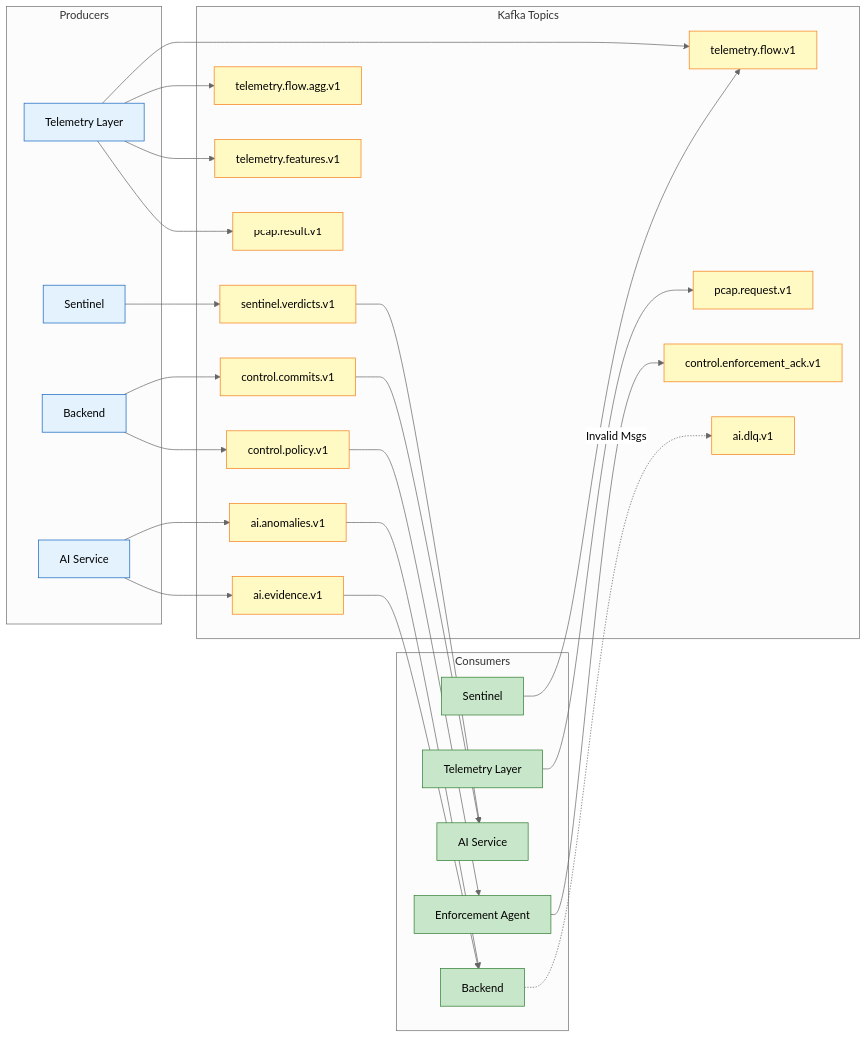
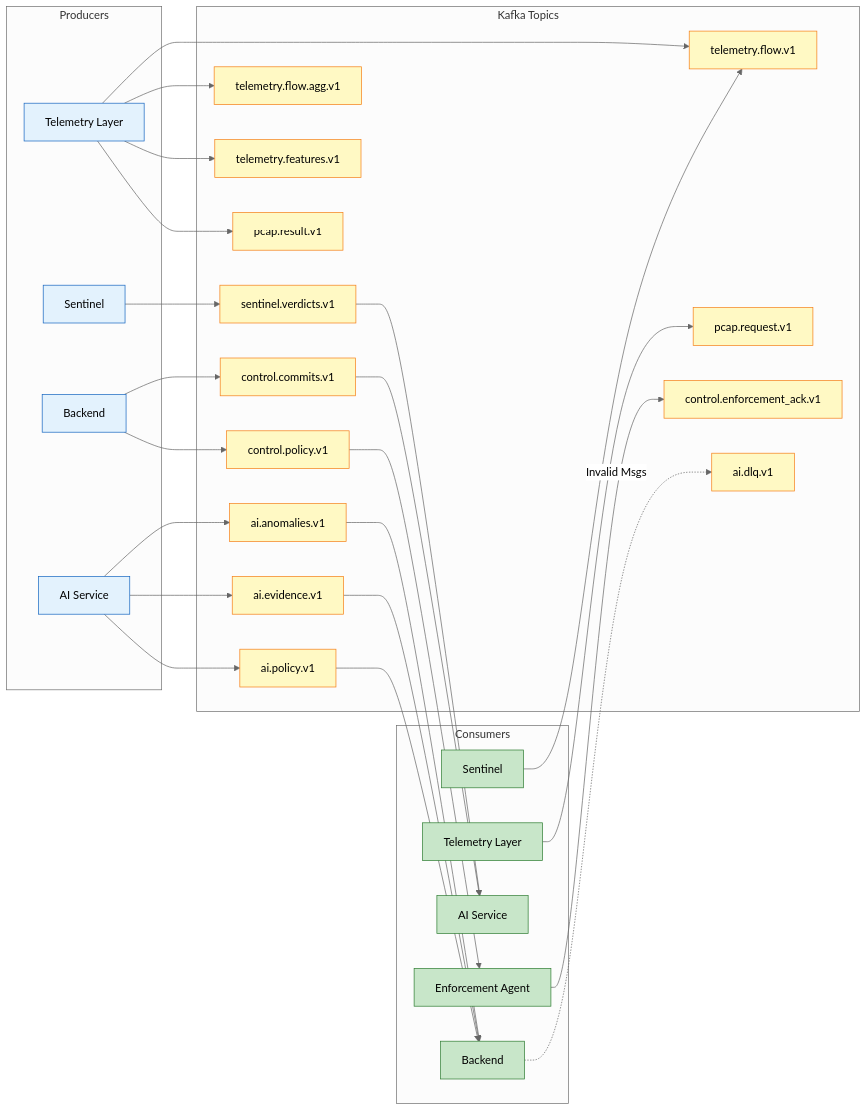
Before and after one commit to EveShark/CyberMesh: the seventh of 7 diagrams in docs/design/HLD.md, drawn with Mermaid (neutral theme). The commit also changed other lines of this file and 13 other files, not shown here.

Commit message:
Update architecture and design documentation

````diff
--- a/docs/design/HLD.md
+++ b/docs/design/HLD.md
@@ -410,55 +425,56 @@
 ```mermaid
 graph LR
     subgraph Producers
         TL_P[Telemetry Layer]
         S_P[Sentinel]
         AI_P[AI Service]
         BE_P[Backend]
     end
     
     subgraph Topics["Kafka Topics"]
         F1[telemetry.flow.v1]
         F2[sentinel.verdicts.v1]
         F3[telemetry.flow.agg.v1]
         F4[telemetry.features.v1]
         F5[pcap.request.v1]
         F6[pcap.result.v1]
         T1[ai.anomalies.v1]
         T2[ai.evidence.v1]
-        T3[control.commits.v1]
-        T4[control.policy.v1]
-        T5[control.enforcement_ack.v1]
-        T6[ai.dlq.v1]
+        T3[ai.policy.v1]
+        T4[control.commits.v1]
+        T5[control.policy.v1]
+        T6[control.enforcement_ack.v1]
+        T7[ai.dlq.v1]
     end
     
     subgraph Consumers
         S_C[Sentinel]
         BE_C[Backend]
         AI_C[AI Service]
         EA_C[Enforcement Agent]
         TL_C[Telemetry Layer]
     end
     
     TL_P --> F1 & F3 & F4 & F6
     S_C --> F1
     S_P --> F2
     TL_C --> F5
-    AI_P --> T1 & T2
-    BE_P --> T3 & T4
-    EA_C --> T5
-    
+    AI_P --> T1 & T2 & T3
+    BE_P --> T4 & T5
+    EA_C --> T6
+
     F2 --> AI_C
-    T1 & T2 --> BE_C
-    T3 --> AI_C
-    T4 --> EA_C
-    
-    BE_C -.->|Invalid Msgs| T6
+    T1 & T2 & T3 --> BE_C
+    T4 --> AI_C
+    T5 --> EA_C
+
+    BE_C -.->|Invalid Msgs| T7
     
     classDef producer fill:#e3f2fd,stroke:#1565c0,color:#000;
     classDef topic fill:#fff9c4,stroke:#f57f17,color:#000;
     classDef consumer fill:#c8e6c9,stroke:#2e7d32,color:#000;
     
     class AI_P,BE_P,TL_P,S_P producer;
-    class F1,F2,F3,F4,F5,F6,T1,T2,T3,T4,T5,T6 topic;
+    class F1,F2,F3,F4,F5,F6,T1,T2,T3,T4,T5,T6,T7 topic;
     class S_C,BE_C,AI_C,EA_C,TL_C consumer;
 ```
````
